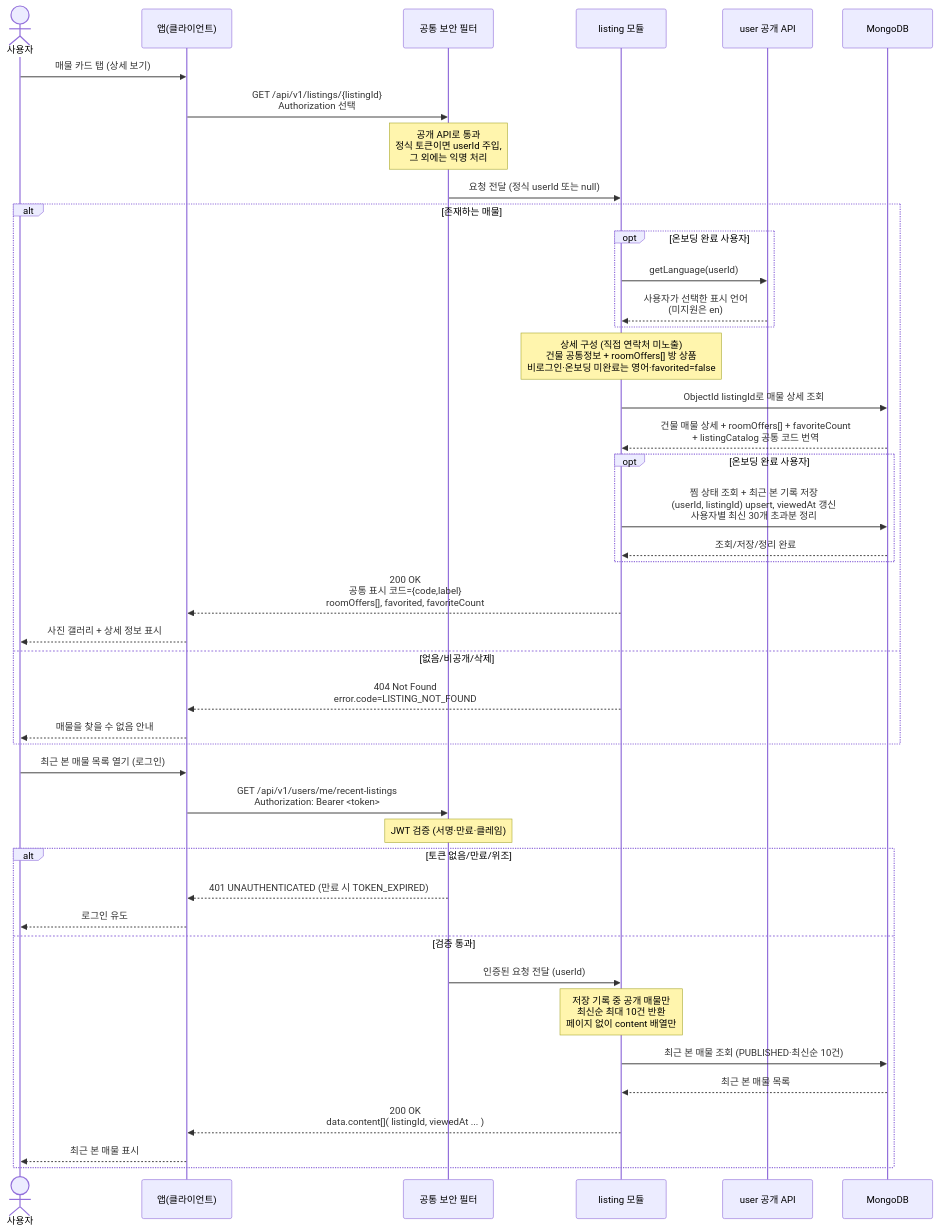
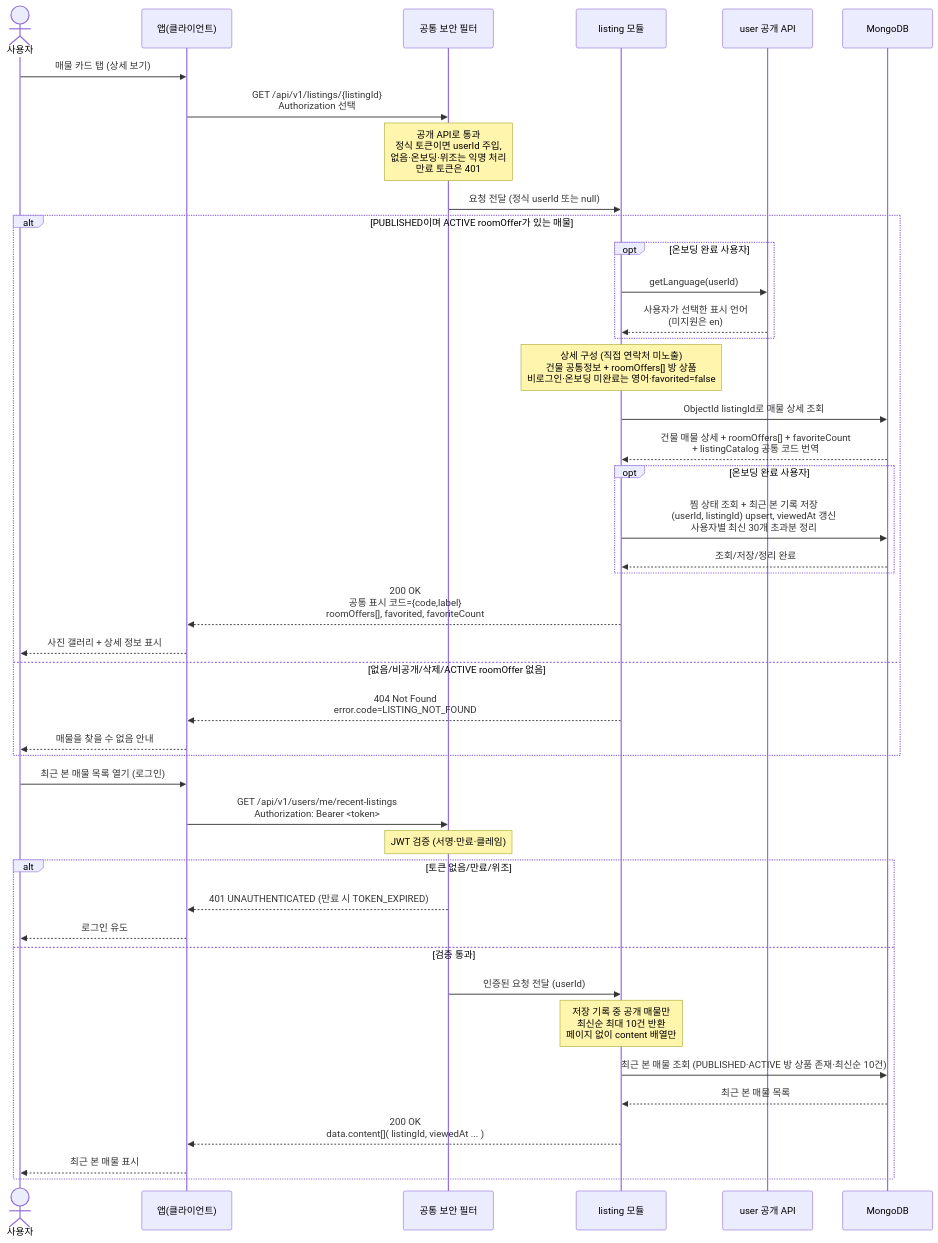
Before and after one commit to jameskim9509/Kohere-backend: the diagram in docs/architecture/sequence-diagrams/03-listings-favorites/us-3-4-listing-detail-recent-viewed.md, drawn with Mermaid. The commit also changed other lines of this file and 13 other files, not shown here.

````diff
--- a/docs/architecture/sequence-diagrams/03-listings-favorites/us-3-4-listing-detail-recent-viewed.md
+++ b/docs/architecture/sequence-diagrams/03-listings-favorites/us-3-4-listing-detail-recent-viewed.md
@@ -5,46 +5,46 @@
 ```mermaid
 sequenceDiagram
     actor U as 사용자
     participant C as 앱(클라이언트)
     participant SEC as 공통 보안 필터
     participant LIST as listing 모듈
     participant USER as user 공개 API
     participant DB as MongoDB
 
     U->>C: 매물 카드 탭 (상세 보기)
     C->>SEC: GET /api/v1/listings/{listingId}<br/>Authorization 선택
-    Note over SEC: 공개 API로 통과<br/>정식 토큰이면 userId 주입,<br/>그 외에는 익명 처리
+    Note over SEC: 공개 API로 통과<br/>정식 토큰이면 userId 주입,<br/>없음·온보딩·위조는 익명 처리<br/>만료 토큰은 401
     SEC->>LIST: 요청 전달 (정식 userId 또는 null)
-    alt 존재하는 매물
+    alt PUBLISHED이며 ACTIVE roomOffer가 있는 매물
         opt 온보딩 완료 사용자
             LIST->>USER: getLanguage(userId)
             USER-->>LIST: 사용자가 선택한 표시 언어<br/>(미지원은 en)
         end
         Note over LIST: 상세 구성 (직접 연락처 미노출)<br/>건물 공통정보 + roomOffers[] 방 상품<br/>비로그인·온보딩 미완료는 영어·favorited=false
         LIST->>DB: ObjectId listingId로 매물 상세 조회
         DB-->>LIST: 건물 매물 상세 + roomOffers[] + favoriteCount<br/>+ listingCatalog 공통 코드 번역
         opt 온보딩 완료 사용자
             LIST->>DB: 찜 상태 조회 + 최근 본 기록 저장<br/>(userId, listingId) upsert, viewedAt 갱신<br/>사용자별 최신 30개 초과분 정리
             DB-->>LIST: 조회/저장/정리 완료
         end
         LIST-->>C: 200 OK<br/>공통 표시 코드={code,label}<br/>roomOffers[], favorited, favoriteCount
         C-->>U: 사진 갤러리 + 상세 정보 표시
-    else 없음/비공개/삭제
+    else 없음/비공개/삭제/ACTIVE roomOffer 없음
         LIST-->>C: 404 Not Found<br/>error.code=LISTING_NOT_FOUND
         C-->>U: 매물을 찾을 수 없음 안내
     end
     U->>C: 최근 본 매물 목록 열기 (로그인)
     C->>SEC: GET /api/v1/users/me/recent-listings<br/>Authorization: Bearer <token>
     Note over SEC: JWT 검증 (서명·만료·클레임)
     alt 토큰 없음/만료/위조
         SEC-->>C: 401 UNAUTHENTICATED (만료 시 TOKEN_EXPIRED)
         C-->>U: 로그인 유도
     else 검증 통과
         SEC->>LIST: 인증된 요청 전달 (userId)
         Note over LIST: 저장 기록 중 공개 매물만<br/>최신순 최대 10건 반환<br/>페이지 없이 content 배열만
-        LIST->>DB: 최근 본 매물 조회 (PUBLISHED·최신순 10건)
+        LIST->>DB: 최근 본 매물 조회 (PUBLISHED·ACTIVE 방 상품 존재·최신순 10건)
         DB-->>LIST: 최근 본 매물 목록
         LIST-->>C: 200 OK<br/>data.content[]( listingId, viewedAt ... )
         C-->>U: 최근 본 매물 표시
     end
 ```
````
